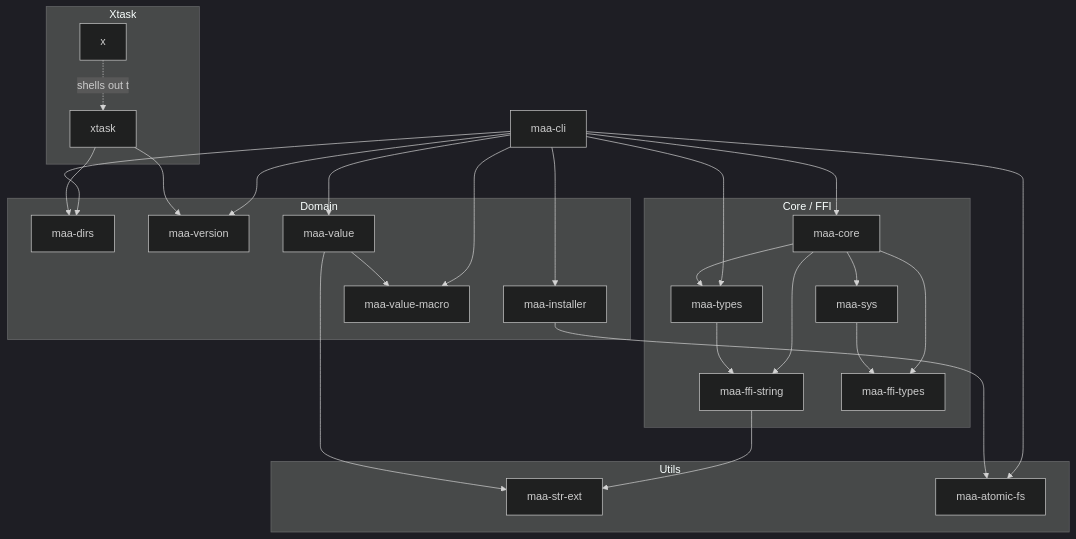
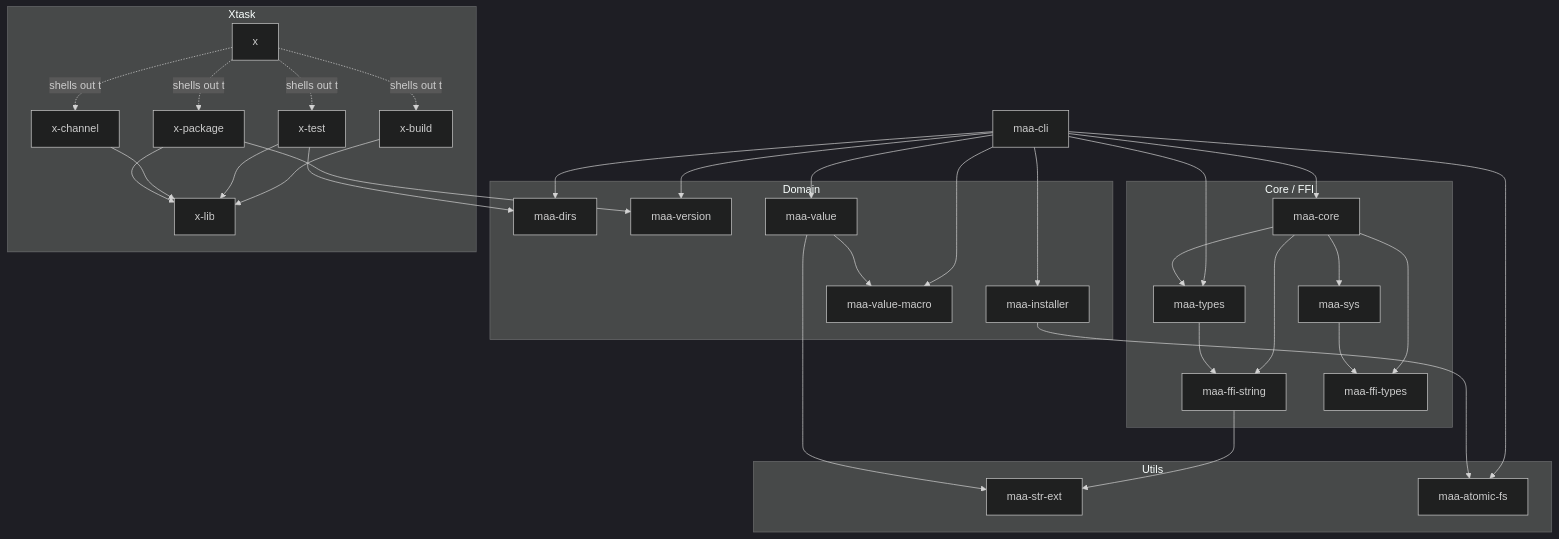
The diagram in AGENTS.md (MaaAssistantArknights/maa-cli), drawn with Mermaid (dark theme) before and after one commit. The commit also changed other lines of this file and 36 other files, not shown here.

````diff
--- a/AGENTS.md
+++ b/AGENTS.md
@@ -14,56 +14,67 @@
 ```mermaid
 graph TD
     CLI["maa-cli"]
 
     subgraph Domain
         DIRS["maa-dirs"]
         VERSION["maa-version"]
         INSTALLER["maa-installer"]
         VALUE["maa-value"]
         VALMACRO["maa-value-macro"]
     end
 
     subgraph Core["Core / FFI"]
         CORE["maa-core"]
         SYS["maa-sys"]
         FFISTR["maa-ffi-string"]
         TYPES["maa-types"]
         FFITYPES["maa-ffi-types"]
     end
 
     subgraph Utils
         STREXT["maa-str-ext"]
         ATOMICFS["maa-atomic-fs"]
     end
     
     subgraph Xtask
-        XTASK["xtask"]
+        XLIB["x-lib"]
+        BUILD["x-build"]
+        TEST["x-test"]
+        CHANNEL["x-channel"]
+        PACKAGE["x-package"]
         X["x"]
     end
 
     CLI --> CORE
     CLI --> DIRS
     CLI --> INSTALLER
     CLI --> TYPES
     CLI --> VALUE
     CLI --> VALMACRO
     CLI --> VERSION
     CLI --> ATOMICFS
 
     CORE --> SYS
     CORE --> TYPES
     CORE --> FFISTR
     CORE --> FFITYPES
 
     SYS --> FFITYPES
     TYPES --> FFISTR
 
     FFISTR --> STREXT
     VALUE --> STREXT
     VALUE --> VALMACRO
     INSTALLER --> ATOMICFS
     
-    XTASK --> DIRS
-    XTASK --> VERSION
-    X -.shells out to.-> XTASK
+    BUILD --> XLIB
+    TEST --> XLIB
+    CHANNEL --> XLIB
+    PACKAGE --> XLIB
+    TEST --> DIRS
+    PACKAGE --> VERSION
+    X -.shells out to.-> BUILD
+    X -.shells out to.-> TEST
+    X -.shells out to.-> CHANNEL
+    X -.shells out to.-> PACKAGE
 ```
````
